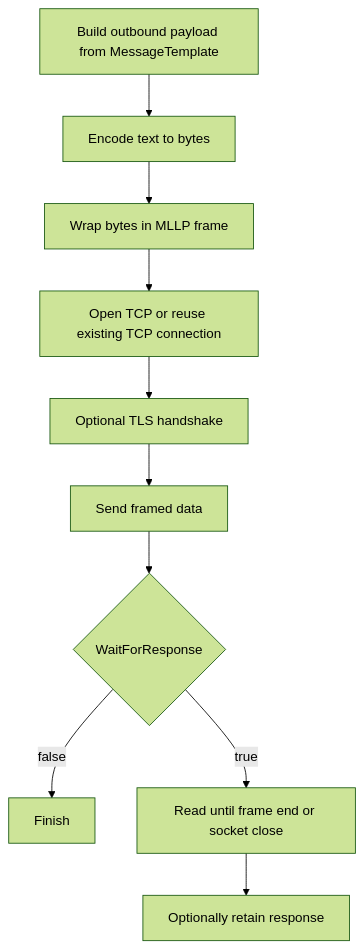
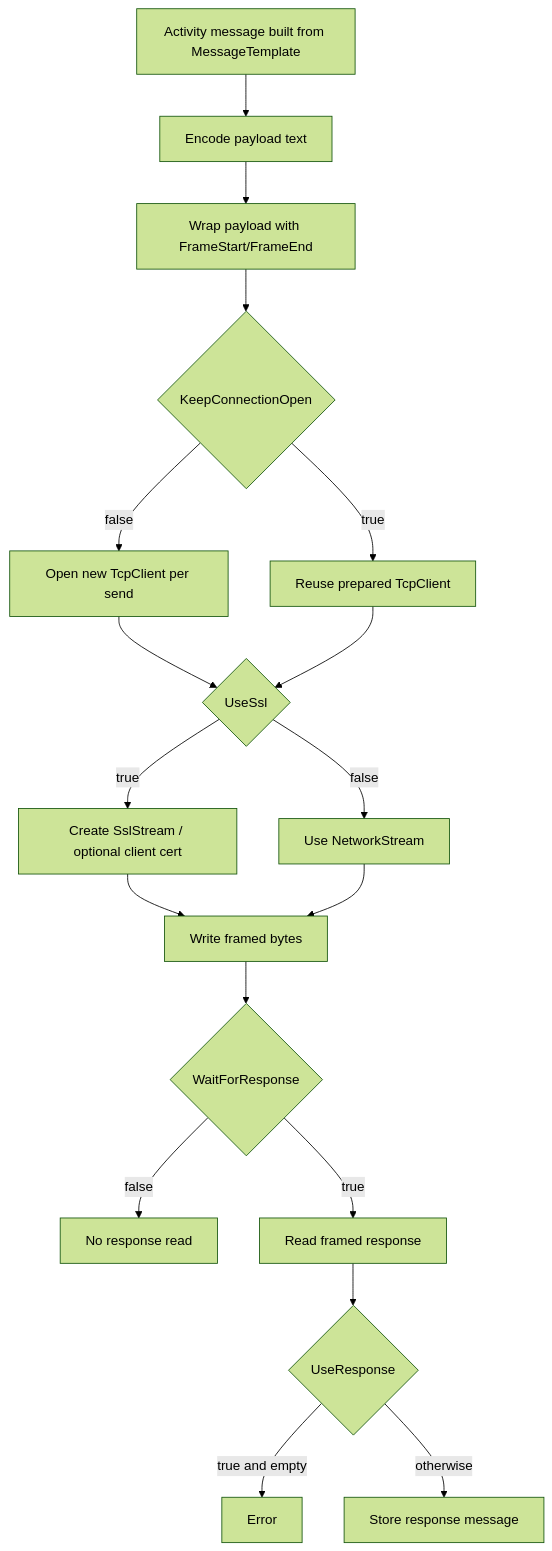
The diagram in docs/workflow/sender-activities/mllp-sender.md (IntegrationSoup/Documentation), drawn with Mermaid (forest theme) before and after one commit. The commit also changed other lines of this file and 4 other files, not shown here.

````diff
--- a/docs/workflow/sender-activities/mllp-sender.md
+++ b/docs/workflow/sender-activities/mllp-sender.md
@@ -11,12 +20,20 @@
 ```mermaid
 flowchart TD
-    A[Build outbound payload from MessageTemplate] --> B[Encode text to bytes]
-    B --> C[Wrap bytes in MLLP frame]
-    C --> D[Open TCP or reuse existing TCP connection]
-    D --> E[Optional TLS handshake]
-    E --> F[Send framed data]
-    F --> G{WaitForResponse}
-    G -- false --> H[Finish]
-    G -- true --> I[Read until frame end or socket close]
-    I --> J[Optionally retain response]
+    A[Activity message built from MessageTemplate] --> B[Encode payload text]
+    B --> C[Wrap payload with FrameStart/FrameEnd]
+    C --> D{KeepConnectionOpen}
+    D -- false --> E[Open new TcpClient per send]
+    D -- true --> F[Reuse prepared TcpClient]
+    E --> G{UseSsl}
+    F --> G
+    G -- true --> H[Create SslStream / optional client cert]
+    G -- false --> I[Use NetworkStream]
+    H --> J[Write framed bytes]
+    I --> J
+    J --> K{WaitForResponse}
+    K -- false --> L[No response read]
+    K -- true --> M[Read framed response]
+    M --> N{UseResponse}
+    N -- true and empty --> O[Error]
+    N -- otherwise --> P[Store response message]
 ```
````
